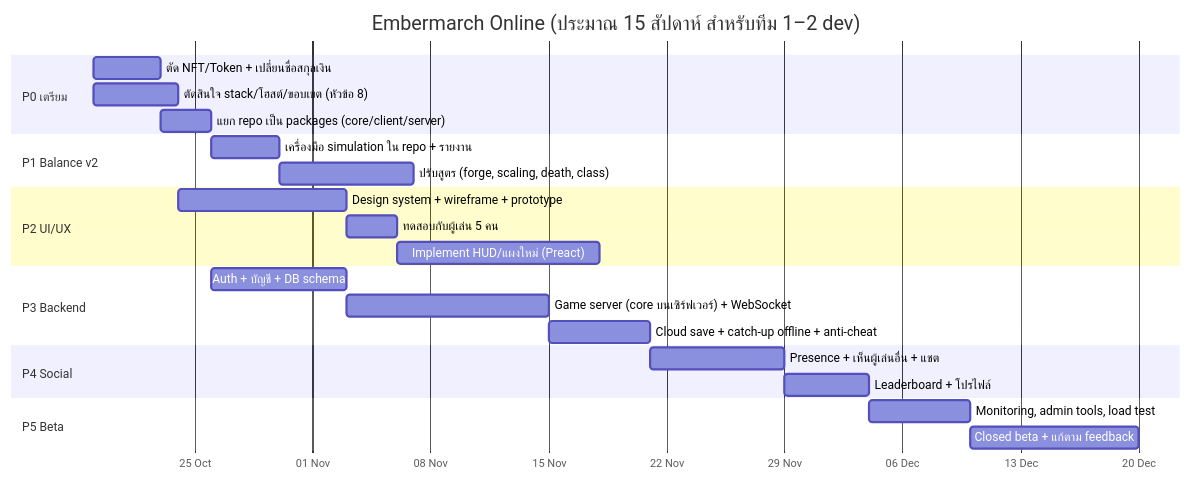
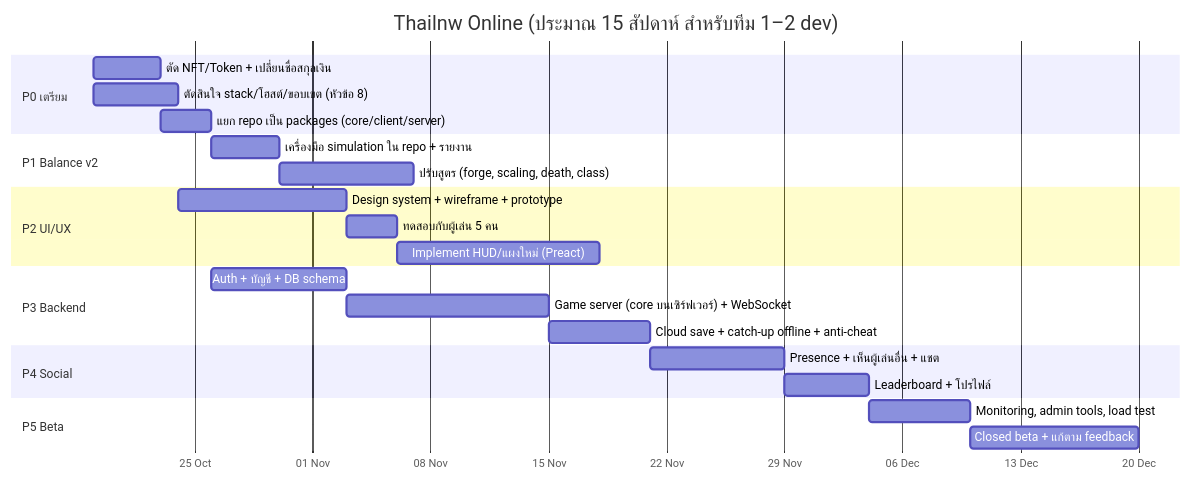
Before and after one commit to ckysuckseed00114/thailnw: the first of 7 diagrams in docs/ONLINE_PLAN.md, drawn with Mermaid. The commit also changed other lines of this file and 38 other files, not shown here.

````diff
--- a/docs/ONLINE_PLAN.md
+++ b/docs/ONLINE_PLAN.md
@@ -22,27 +22,27 @@
 ```mermaid
 gantt
-    title Embermarch Online (ประมาณ 15 สัปดาห์ สำหรับทีม 1–2 dev)
+    title Thailnw Online (ประมาณ 15 สัปดาห์ สำหรับทีม 1–2 dev)
     dateFormat  YYYY-MM-DD
     axisFormat  %d %b
     section P0 เตรียม
     ตัด NFT/Token + เปลี่ยนชื่อสกุลเงิน         :p0a, 2026-10-19, 4d
     ตัดสินใจ stack/โฮสต์/ขอบเขต (หัวข้อ 8)      :p0b, 2026-10-19, 5d
     แยก repo เป็น packages (core/client/server)  :p0c, after p0a, 3d
     section P1 Balance v2
     เครื่องมือ simulation ใน repo + รายงาน      :p1a, after p0c, 4d
     ปรับสูตร (forge, scaling, death, class)      :p1b, after p1a, 8d
     section P2 UI/UX
     Design system + wireframe + prototype         :p2a, after p0b, 10d
     ทดสอบกับผู้เล่น 5 คน                         :p2b, after p2a, 3d
     Implement HUD/แผงใหม่ (Preact)               :p2c, after p2b, 12d
     section P3 Backend
     Auth + บัญชี + DB schema                     :p3a, after p0c, 8d
     Game server (core บนเซิร์ฟเวอร์) + WebSocket  :p3b, after p3a, 12d
     Cloud save + catch-up offline + anti-cheat     :p3c, after p3b, 6d
     section P4 Social
     Presence + เห็นผู้เล่นอื่น + แชต               :p4a, after p3c, 8d
     Leaderboard + โปรไฟล์                         :p4b, after p4a, 5d
     section P5 Beta
     Monitoring, admin tools, load test           :p5a, after p4b, 6d
     Closed beta + แก้ตาม feedback                :p5b, after p5a, 10d
 ```
````
